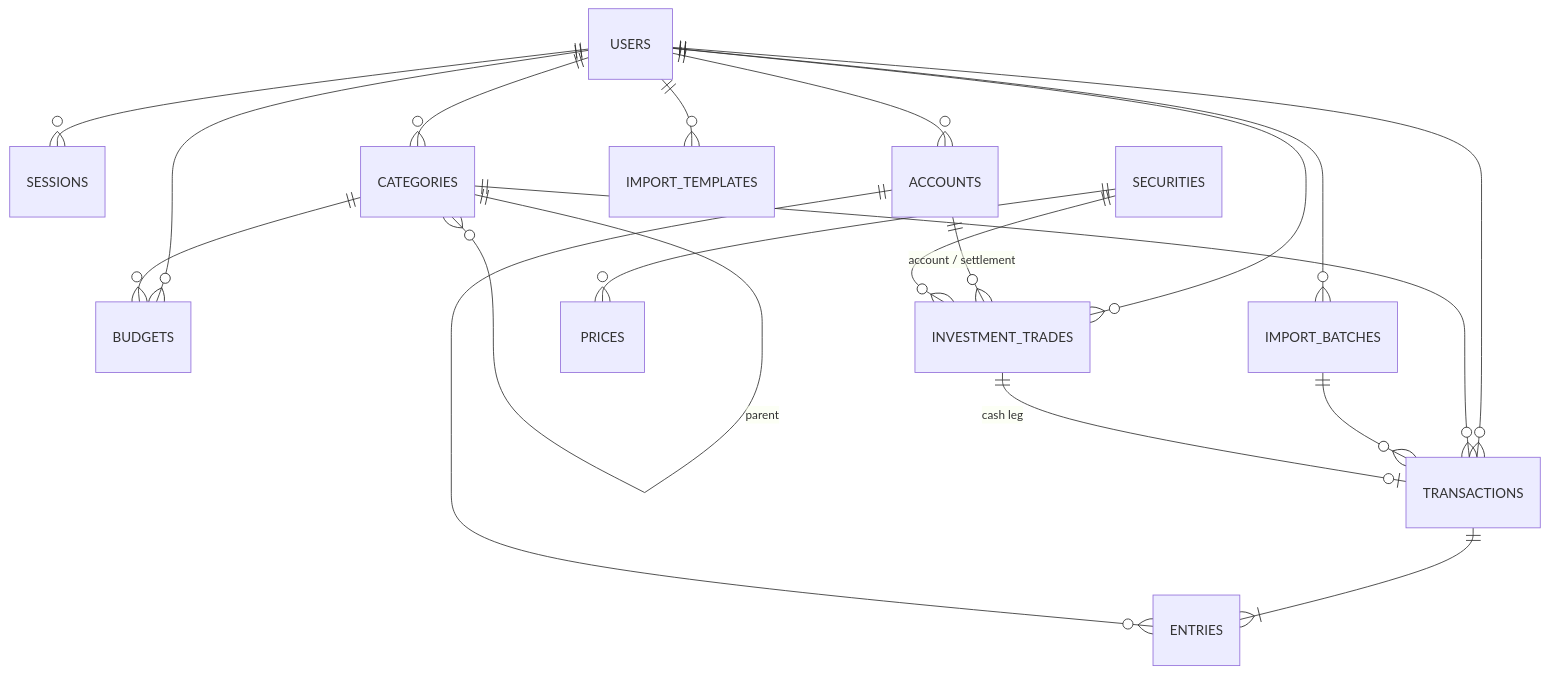
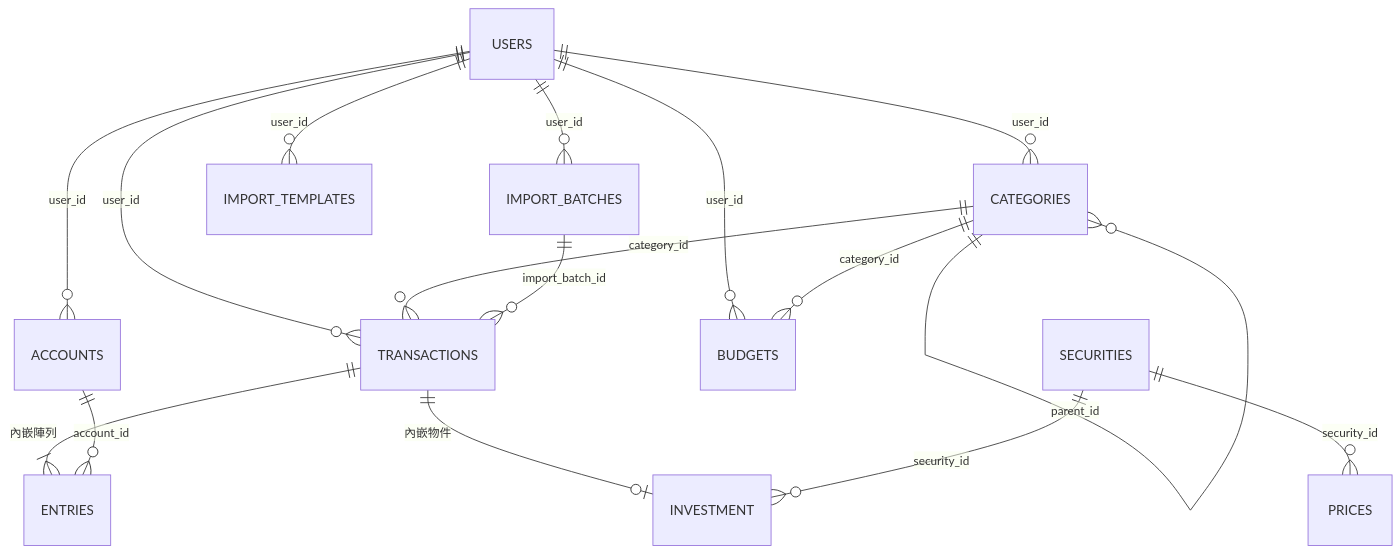
Before and after one commit to alexsuze/do-accounts: the second of 6 diagrams in docs/SD.md, drawn with Mermaid. The commit also changed other lines of this file and 3 other files, not shown here.

````diff
--- a/docs/SD.md
+++ b/docs/SD.md
@@ -340,21 +340,18 @@
 ```mermaid
 erDiagram
-    USERS ||--o{ SESSIONS : ""
-    USERS ||--o{ ACCOUNTS : ""
-    USERS ||--o{ CATEGORIES : ""
-    USERS ||--o{ TRANSACTIONS : ""
-    USERS ||--o{ BUDGETS : ""
-    USERS ||--o{ INVESTMENT_TRADES : ""
-    USERS ||--o{ IMPORT_BATCHES : ""
-    USERS ||--o{ IMPORT_TEMPLATES : ""
-    TRANSACTIONS ||--|{ ENTRIES : ""
-    ACCOUNTS ||--o{ ENTRIES : ""
-    CATEGORIES ||--o{ TRANSACTIONS : ""
-    CATEGORIES ||--o{ CATEGORIES : parent
-    CATEGORIES ||--o{ BUDGETS : ""
-    IMPORT_BATCHES ||--o{ TRANSACTIONS : ""
-    ACCOUNTS ||--o{ INVESTMENT_TRADES : "account / settlement"
-    SECURITIES ||--o{ INVESTMENT_TRADES : ""
-    SECURITIES ||--o{ PRICES : ""
-    INVESTMENT_TRADES ||--o| TRANSACTIONS : "cash leg"
+    USERS ||--o{ ACCOUNTS : user_id
+    USERS ||--o{ CATEGORIES : user_id
+    USERS ||--o{ TRANSACTIONS : user_id
+    USERS ||--o{ BUDGETS : user_id
+    USERS ||--o{ IMPORT_BATCHES : user_id
+    USERS ||--o{ IMPORT_TEMPLATES : user_id
+    TRANSACTIONS ||--|{ ENTRIES : "內嵌陣列"
+    TRANSACTIONS ||--o| INVESTMENT : "內嵌物件"
+    ACCOUNTS ||--o{ ENTRIES : account_id
+    CATEGORIES ||--o{ TRANSACTIONS : category_id
+    CATEGORIES ||--o{ CATEGORIES : parent_id
+    CATEGORIES ||--o{ BUDGETS : category_id
+    SECURITIES ||--o{ INVESTMENT : security_id
+    SECURITIES ||--o{ PRICES : security_id
+    IMPORT_BATCHES ||--o{ TRANSACTIONS : import_batch_id
 ```
````
